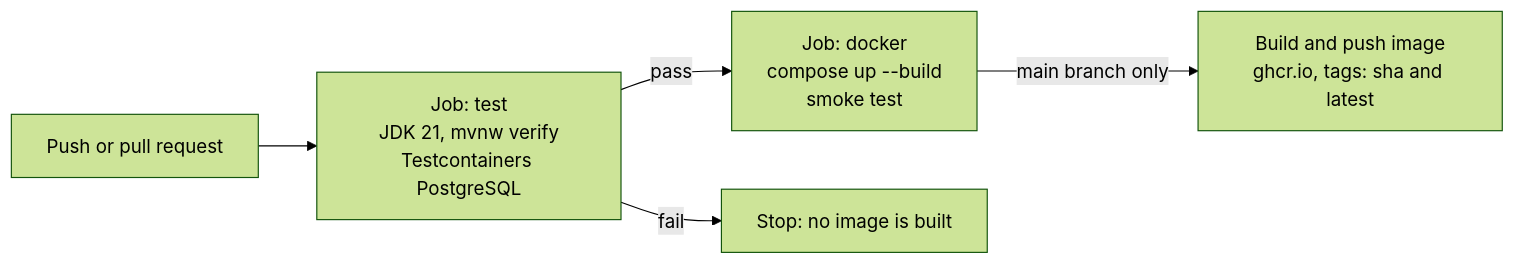
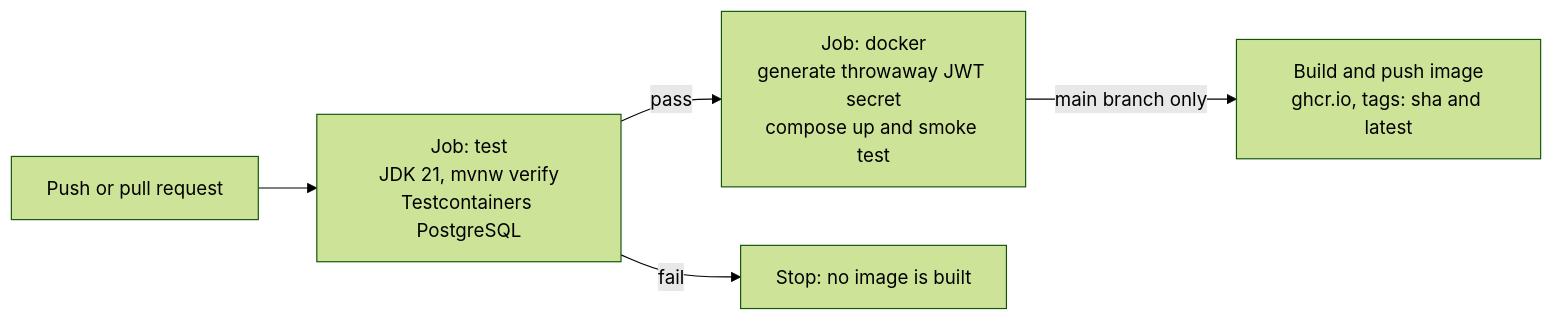
Before and after one commit to James-oss796/taskflowAPI: the fifth of 5 diagrams in README.md, drawn with Mermaid (forest theme). The commit also changed other lines of this file and 2 other files, not shown here.

Commit message:
docs: README covering the full API, security model and architecture

````diff
--- a/README.md
+++ b/README.md
@@ -654,7 +566,7 @@
 ```mermaid
 flowchart LR
     A["Push or pull request"] --> B["Job: test<br/>JDK 21, mvnw verify<br/>Testcontainers PostgreSQL"]
-    B -->|pass| C["Job: docker<br/>compose up --build<br/>smoke test"]
+    B -->|pass| C["Job: docker<br/>generate throwaway JWT secret<br/>compose up and smoke test"]
     B -->|fail| X["Stop: no image is built"]
     C -->|main branch only| D["Build and push image<br/>ghcr.io, tags: sha and latest"]
 ```
````
